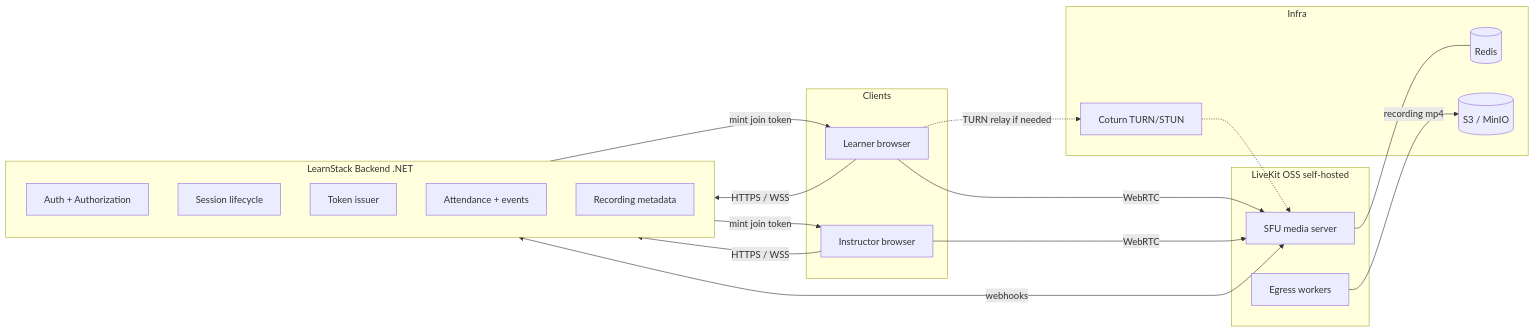
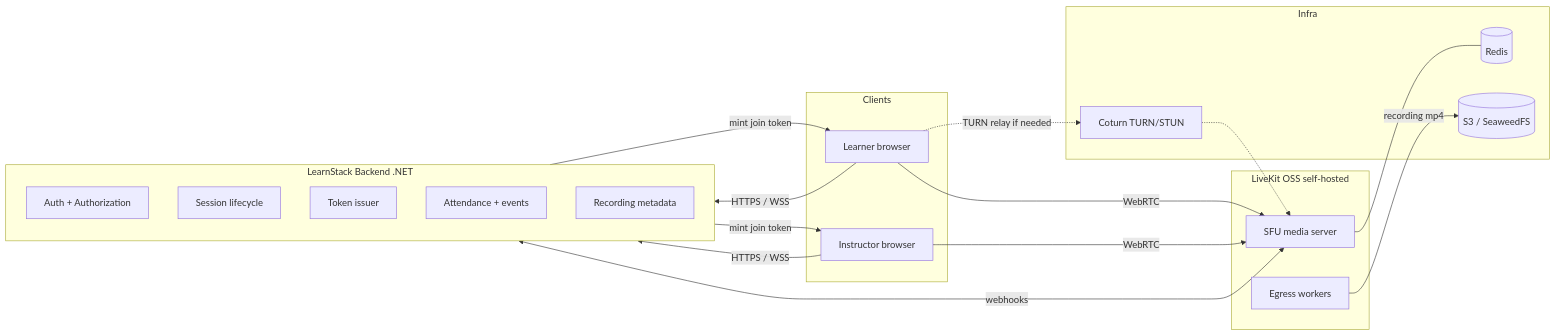
The diagram in docs/architecture/07-in-app-live-classroom.md (HodeTech/LearnStack), drawn with Mermaid before and after one commit. The commit also changed other lines of this file and 42 other files, not shown here.

````diff
--- a/docs/architecture/07-in-app-live-classroom.md
+++ b/docs/architecture/07-in-app-live-classroom.md
@@ -46,37 +46,37 @@
 ```mermaid
 flowchart LR
     subgraph Clients
         L[Learner browser]
         I[Instructor browser]
     end
 
     subgraph LearnStack[LearnStack Backend .NET]
         AUTH[Auth + Authorization]
         SESS[Session lifecycle]
         TOKEN[Token issuer]
         ATT[Attendance + events]
         REC[Recording metadata]
     end
 
     subgraph LiveKit[LiveKit OSS self-hosted]
         SFU[SFU media server]
         EGR[Egress workers]
     end
 
     subgraph Infra
         REDIS[(Redis)]
-        S3[(S3 / MinIO)]
+        S3[(S3 / SeaweedFS)]
         TURN[Coturn TURN/STUN]
     end
 
     L -- HTTPS / WSS --> LearnStack
     I -- HTTPS / WSS --> LearnStack
     LearnStack -- mint join token --> L
     LearnStack -- mint join token --> I
     L -- WebRTC --> SFU
     I -- WebRTC --> SFU
     L -. TURN relay if needed .-> TURN -.-> SFU
     SFU --- REDIS
     EGR -- recording mp4 --> S3
     LearnStack <-- webhooks --> SFU
 ```
````
